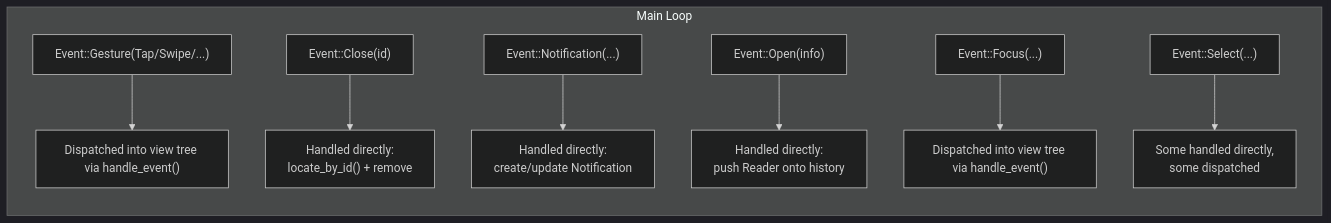
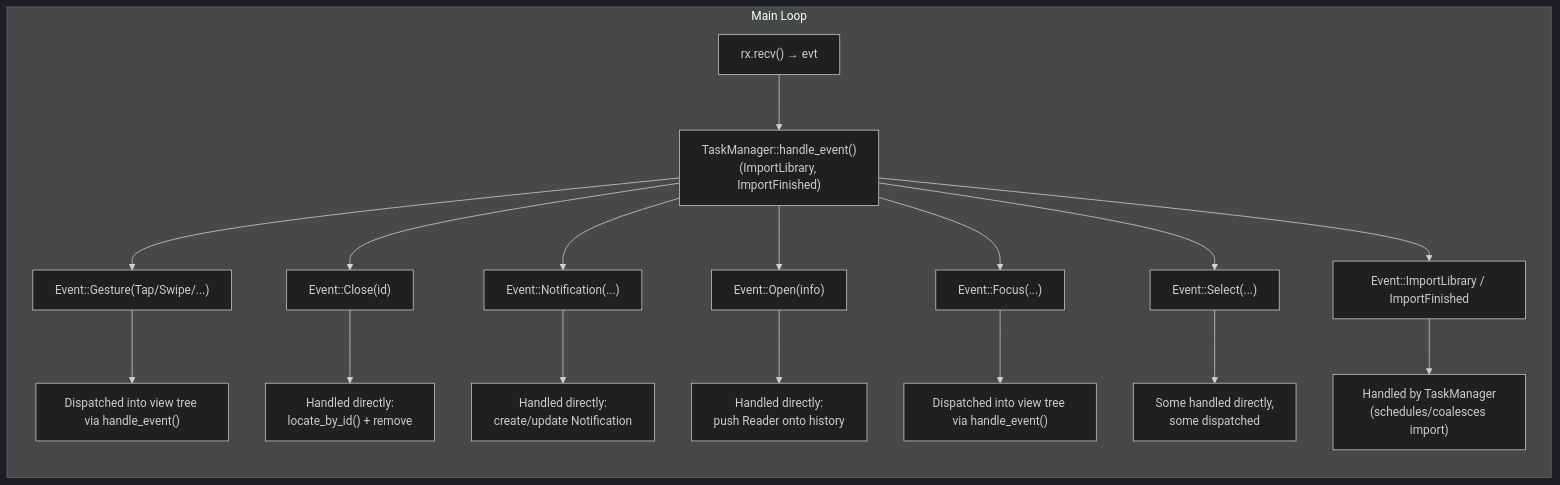
Before and after one commit to OGKevin/cadmus: the fourth of 7 diagrams in docs/src/contributing/event-system.md, drawn with Mermaid (dark theme). The commit also changed other lines of this file and 25 other files, not shown here.

First line of the commit message:
refactor(library): extract import to background task

````diff
--- a/docs/src/contributing/event-system.md
+++ b/docs/src/contributing/event-system.md
@@ -171,31 +175,47 @@
 ```mermaid
 flowchart TB
     subgraph MainLoop["Main Loop"]
         direction TB
+
+        Recv["rx.recv() → evt"]
+        TaskManager["TaskManager::handle_event()<br/>(ImportLibrary, ImportFinished)"]
 
         Gesture["Event::Gesture(Tap/Swipe/...)"]
         GestureAction["Dispatched into view tree via handle_event()"]
 
         Close["Event::Close(id)"]
         CloseAction["Handled directly:<br/>locate_by_id() + remove"]
 
         Notification["Event::Notification(...)"]
         NotificationAction["Handled directly:<br/>create/update Notification"]
 
         Open["Event::Open(info)"]
         OpenAction["Handled directly:<br/>push Reader onto history"]
 
         Focus["Event::Focus(...)"]
         FocusAction["Dispatched into view tree via handle_event()"]
 
         Select["Event::Select(...)"]
         SelectAction["Some handled directly,<br/>some dispatched"]
 
+        ImportLibrary["Event::ImportLibrary / ImportFinished"]
+        ImportAction["Handled by TaskManager<br/>(schedules/coalesces import)"]
+
+        Recv --> TaskManager
+        TaskManager --> Gesture
+        TaskManager --> Close
+        TaskManager --> Notification
+        TaskManager --> Open
+        TaskManager --> Focus
+        TaskManager --> Select
+        TaskManager --> ImportLibrary
+
         Gesture --> GestureAction
         Close --> CloseAction
         Notification --> NotificationAction
         Open --> OpenAction
         Focus --> FocusAction
         Select --> SelectAction
+        ImportLibrary --> ImportAction
     end
 ```
````
